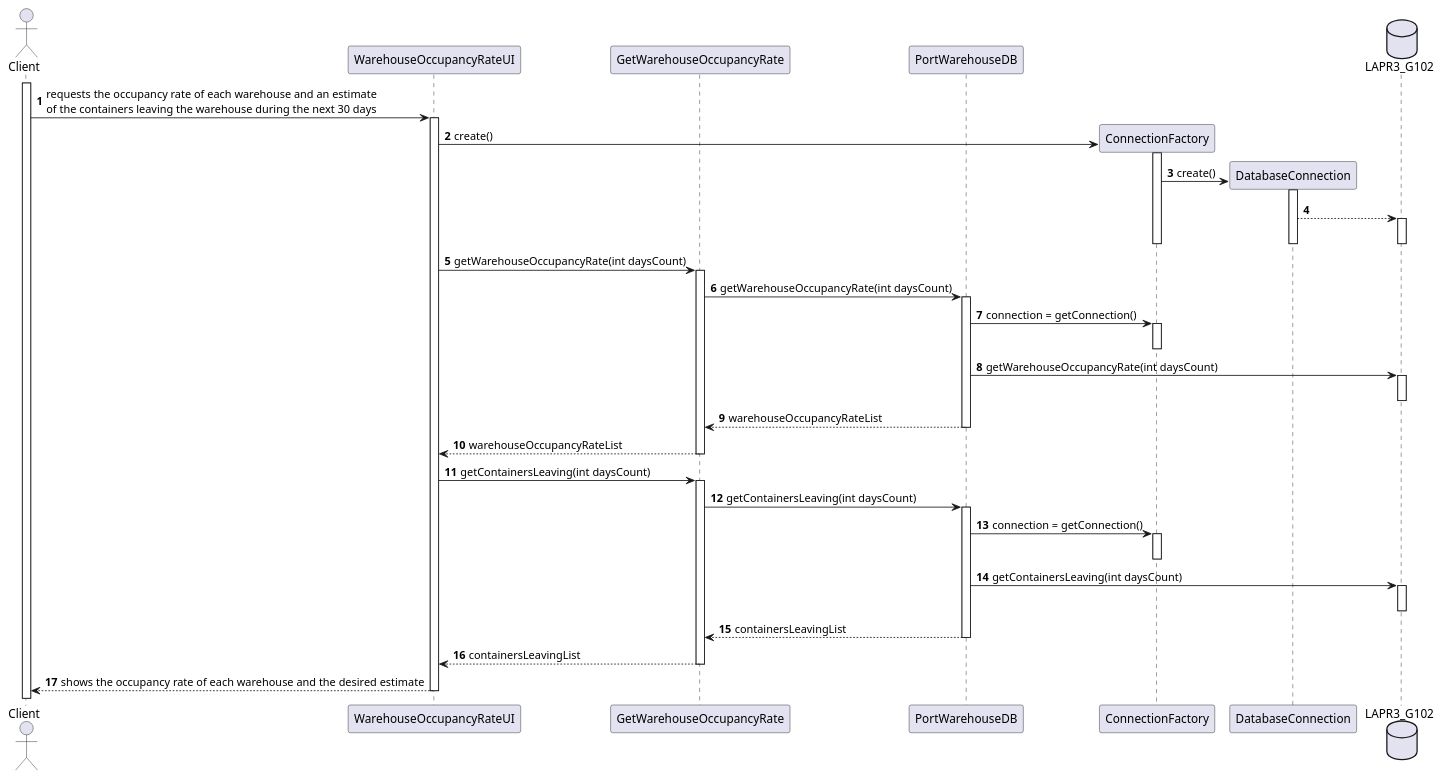
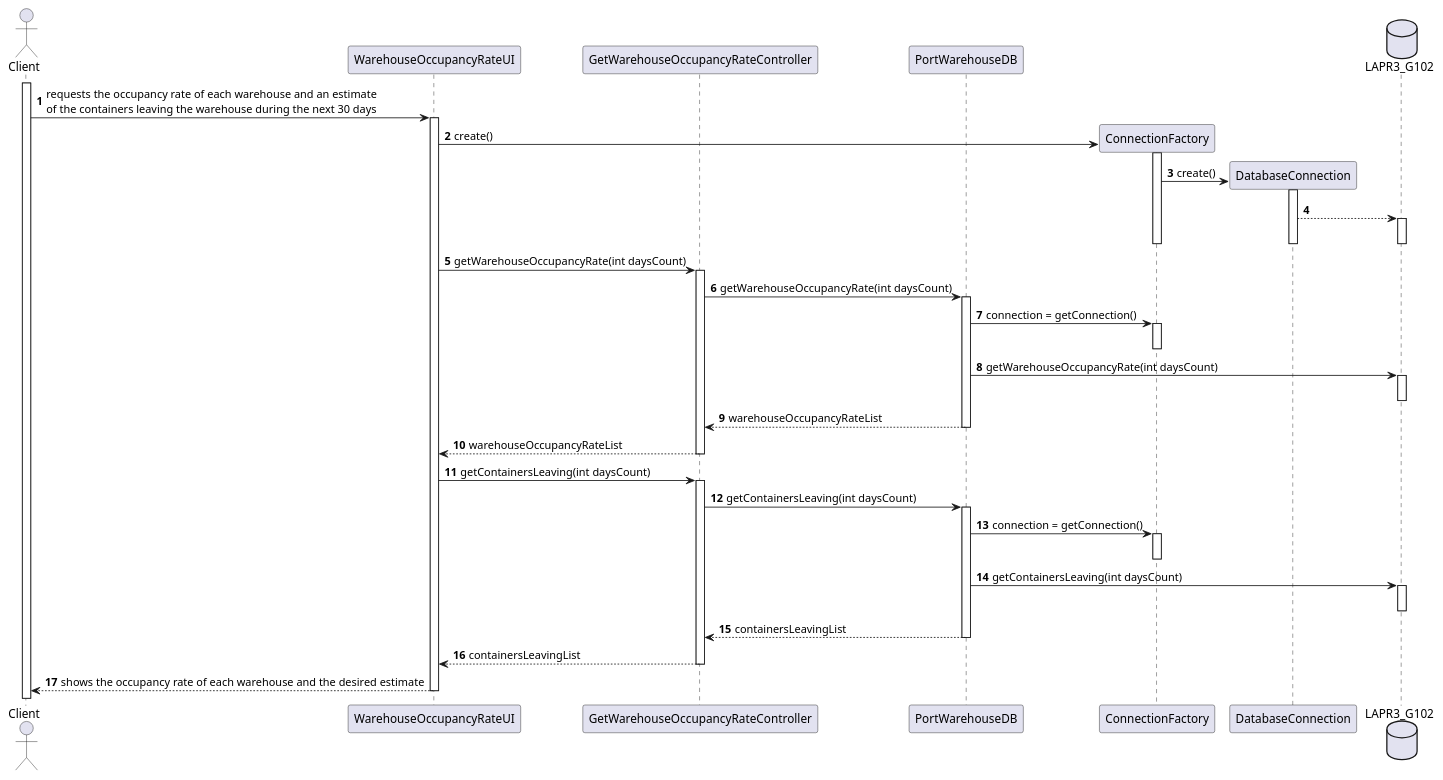
One commit to mpoboas/lapr3-2021-g102 changed the diagram in docs/Sprint3/US306/US306_SD.puml. Above: the diagram before and after it, drawn with PlantUML. The commit also changed 3 other files, not shown here.

```diff
--- a/docs/Sprint3/US306/US306_SD.puml
+++ b/docs/Sprint3/US306/US306_SD.puml
@@ -1,65 +1,65 @@
 @startuml
 autonumber
 'hide footbox
 
 actor "Client" as CL
 
 participant "WarehouseOccupancyRateUI" as UI
-participant "GetWarehouseOccupancyRate" as CTRL
+participant "GetWarehouseOccupancyRateController" as CTRL
 participant "PortWarehouseDB" as PORTWDB
 participant ConnectionFactory as CF
 participant DatabaseConnection as DC
 database LAPR3_G102 as DB
 
 activate CL
 CL -> UI : requests the occupancy rate of each warehouse and an estimate\nof the containers leaving the warehouse during the next 30 days
 activate UI
 
 UI -> CF** : create()
 activate CF
 CF -> DC** : create()
 activate DC
 DC --> DB
 activate DB
 deactivate DB
 deactivate DC
 deactivate CF
 
 UI -> CTRL : getWarehouseOccupancyRate(int daysCount)
 activate CTRL
 CTRL -> PORTWDB : getWarehouseOccupancyRate(int daysCount)
 activate PORTWDB
 
 PORTWDB -> CF : connection = getConnection()
 activate CF
 deactivate CF
 
 PORTWDB -> DB : getWarehouseOccupancyRate(int daysCount)
 activate DB
 deactivate DB
 PORTWDB --> CTRL : warehouseOccupancyRateList
 deactivate PORTWDB
 deactivate PORTWDB
 CTRL --> UI : warehouseOccupancyRateList
 deactivate CTRL
 
 UI -> CTRL : getContainersLeaving(int daysCount)
 activate CTRL
 CTRL -> PORTWDB : getContainersLeaving(int daysCount)
 activate PORTWDB
 
 PORTWDB -> CF : connection = getConnection()
 activate CF
 deactivate CF
 
 PORTWDB -> DB : getContainersLeaving(int daysCount)
 activate DB
 deactivate DB
 PORTWDB --> CTRL : containersLeavingList
 deactivate PORTWDB
 deactivate PORTWDB
 CTRL --> UI : containersLeavingList
 deactivate CTRL
 UI --> CL : shows the occupancy rate of each warehouse and the desired estimate
 deactivate UI
 @enduml
```
